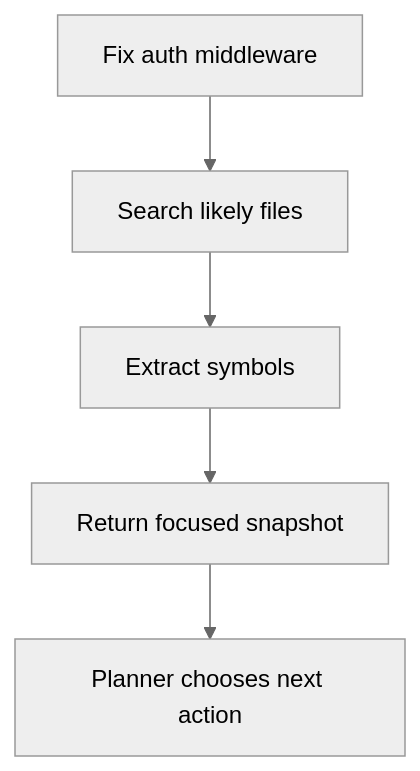
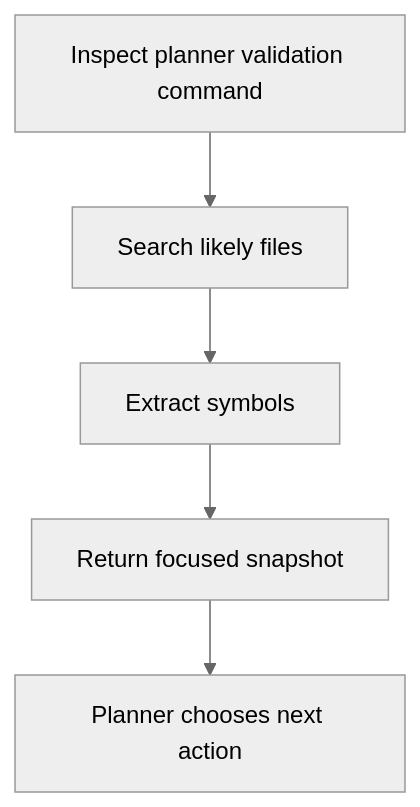
The second of 4 diagrams in docs/articles/ARTICLE_2_READING_CODE.md (w1ne/ProjectKitty), drawn with Mermaid (neutral theme) before and after one commit. The commit also changed other lines of this file and 4 other files, not shown here.

Commit message:
Finish article 2 intelligence flow

````diff
--- a/docs/articles/ARTICLE_2_READING_CODE.md
+++ b/docs/articles/ARTICLE_2_READING_CODE.md
@@ -36,7 +36,7 @@
 ```mermaid
 flowchart TD
-    A[Fix auth middleware] --> B[Search likely files]
+    A[Inspect planner validation command] --> B[Search likely files]
     B --> C[Extract symbols]
     C --> D[Return focused snapshot]
     D --> E[Planner chooses next action]
 ```
````
